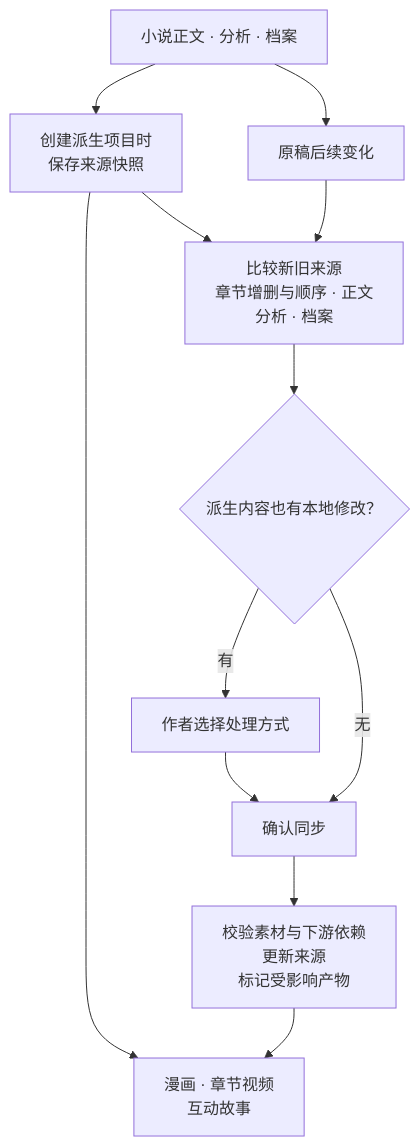
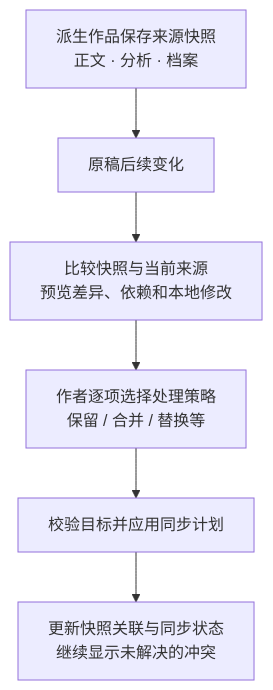
Diagram 13 of 18 in README.md (GTJasonMK/A4N), drawn with Mermaid before and after one commit. The commit also changed other lines of this file and 2 other files, not shown here.

First line of the commit message:
docs: fix README diagram flows and mobile readability

````diff
--- a/README.md
+++ b/README.md
@@ -224,16 +239,10 @@
 ```mermaid
 flowchart TB
   accTitle: 原稿更新与派生作品的来源同步
-  accDescr: 派生项目保存正文、分析和档案快照，原稿变化后先比较差异，遇到本地修改由作者选择处理方式，再校验依赖并更新受影响内容。
-  novel["小说正文 · 分析 · 档案"] --> snapshot["创建派生项目时<br/>保存来源快照"]
-  snapshot --> derived["漫画 · 章节视频<br/>互动故事"]
-  novel --> changes["原稿后续变化"]
-  changes --> diff["比较新旧来源<br/>章节增删与顺序 · 正文<br/>分析 · 档案"]
-  snapshot --> diff
-  diff --> decision{"派生内容也有本地修改？"}
-  decision -->|有| choose["作者选择处理方式"]
-  decision -->|无| apply["确认同步"]
-  choose --> apply
-  apply --> dependencies["校验素材与下游依赖<br/>更新来源<br/>标记受影响产物"]
-  dependencies --> derived
+  accDescr: 派生时保留来源快照，原稿变化后预览差异与依赖影响，由作者逐项决定保留、合并、替换或其他受支持策略。应用时校验目标并更新快照关联与同步状态，未解决冲突继续显示，不自动重做所有媒体产物。
+  snapshot["派生作品保存来源快照<br/>正文 · 分析 · 档案"] --> changes["原稿后续变化"]
+  changes --> diff["比较快照与当前来源<br/>预览差异、依赖和本地修改"]
+  diff --> choose["作者逐项选择处理策略<br/>保留 / 合并 / 替换等"]
+  choose --> apply["校验目标并应用同步计划"]
+  apply --> status["更新快照关联与同步状态<br/>继续显示未解决的冲突"]
 ```
````
